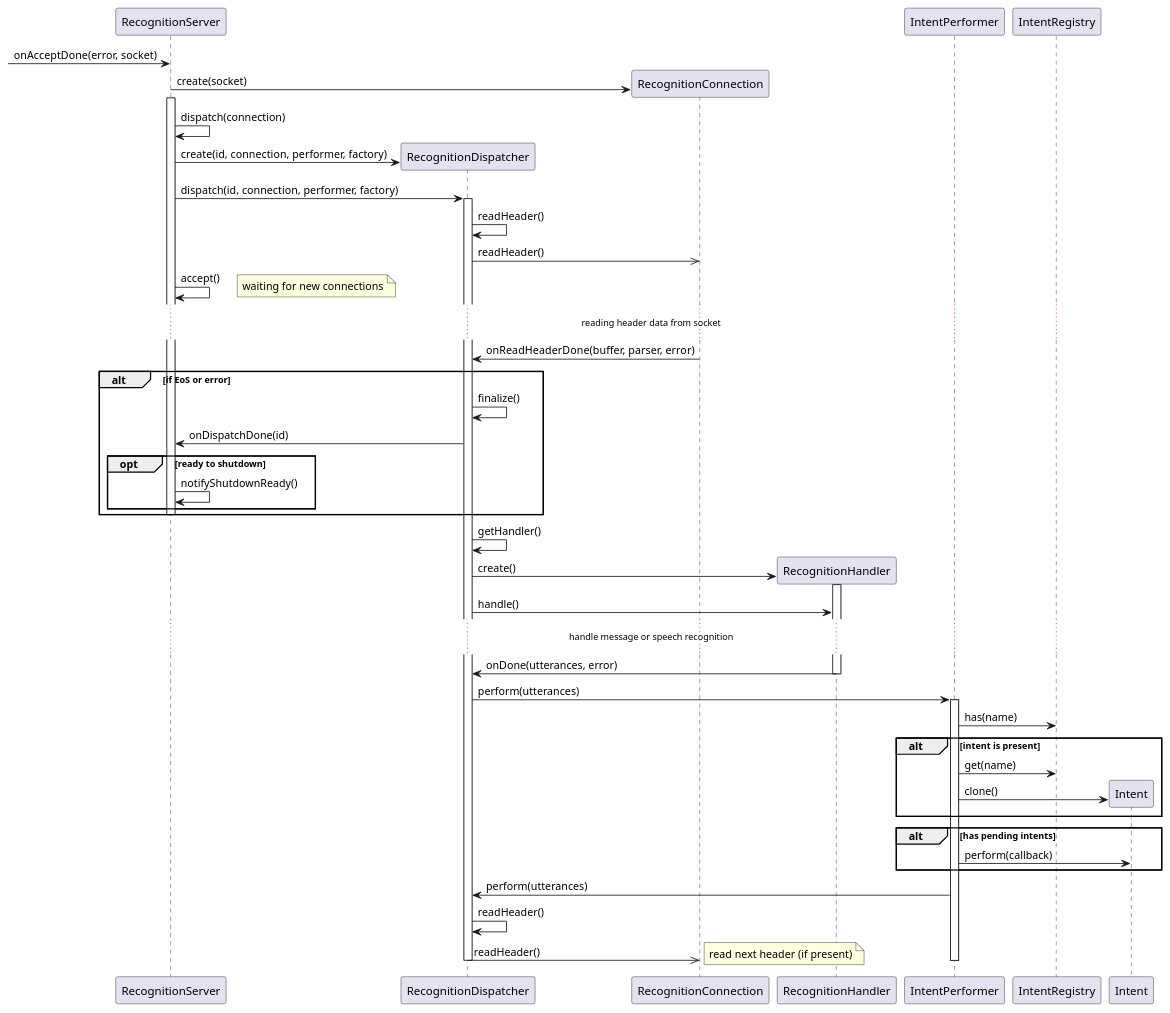
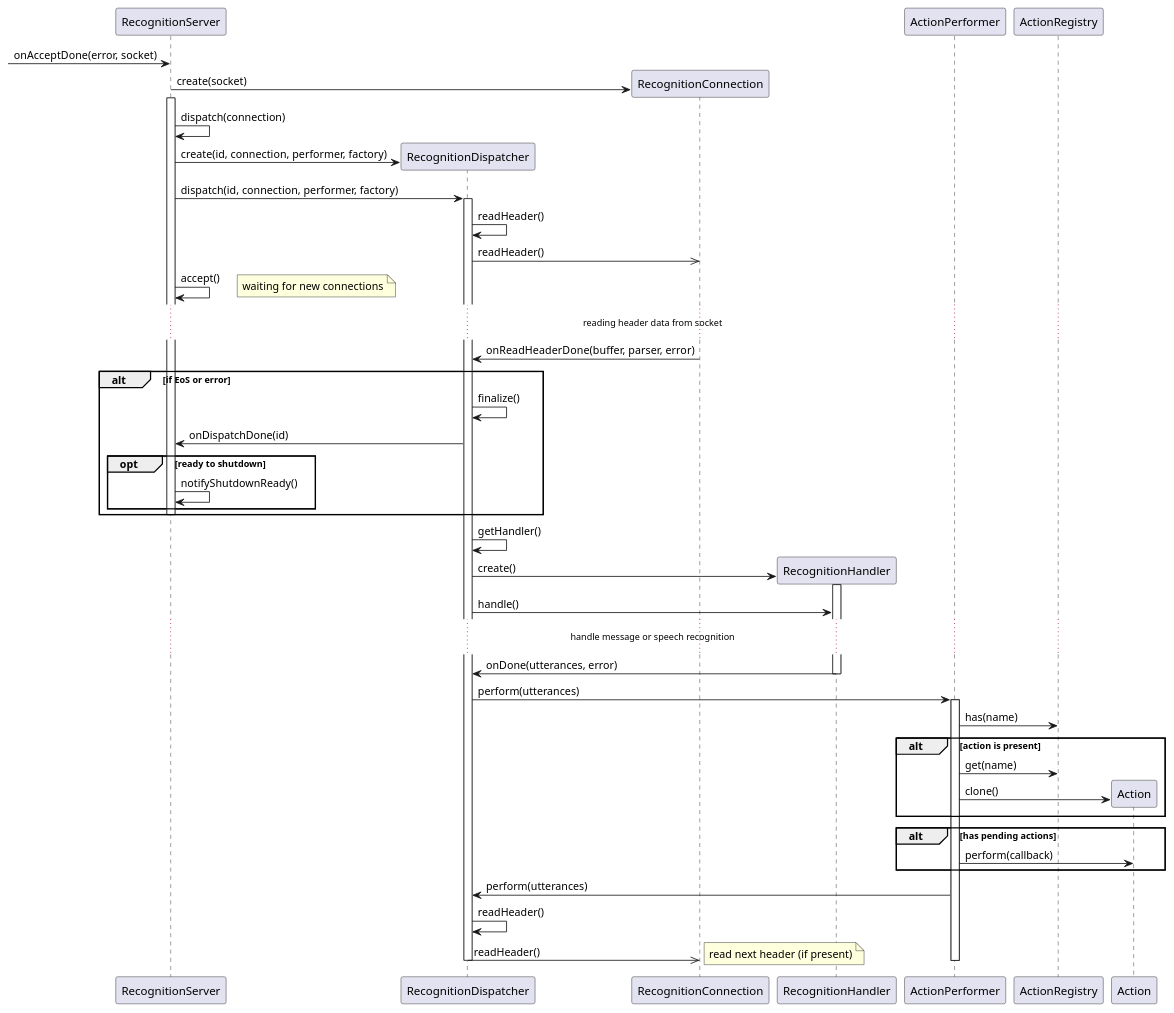
The fifth of 9 diagrams in src/intent/doc/intent.md (denoming/rintento), drawn with PlantUML before and after one commit. The commit also changed other lines of this file and 39 other files, not shown here.

````diff
--- a/src/intent/doc/intent.md
+++ b/src/intent/doc/intent.md
@@ -172,58 +173,58 @@
 ```plantuml
 @startuml
 
 participant RecognitionServer
 participant RecognitionDispatcher
 participant RecognitionConnection
 
 -> RecognitionServer : onAcceptDone(error, socket)
 create RecognitionConnection
 RecognitionServer -> RecognitionConnection : create(socket) 
 activate RecognitionServer
 RecognitionServer -> RecognitionServer : dispatch(connection)
 create RecognitionDispatcher
 RecognitionServer -> RecognitionDispatcher : create(id, connection, performer, factory)
 RecognitionServer -> RecognitionDispatcher : dispatch(id, connection, performer, factory)
 activate RecognitionDispatcher
 RecognitionDispatcher -> RecognitionDispatcher : readHeader()
 RecognitionDispatcher ->> RecognitionConnection : readHeader()
 RecognitionServer -> RecognitionServer : accept()
 note right: waiting for new connections
 ...reading header data from socket...
 RecognitionConnection -> RecognitionDispatcher : onReadHeaderDone(buffer, parser, error)
 alt if EoS or error
     RecognitionDispatcher -> RecognitionDispatcher : finalize()
     RecognitionDispatcher -> RecognitionServer : onDispatchDone(id)
     opt ready to shutdown
         RecognitionServer -> RecognitionServer : notifyShutdownReady()
     end
     deactivate RecognitionServer
 end
 RecognitionDispatcher -> RecognitionDispatcher : getHandler()
 create RecognitionHandler
 RecognitionDispatcher -> RecognitionHandler : create()
 activate RecognitionHandler
 RecognitionDispatcher -> RecognitionHandler : handle()
 ...handle message or speech recognition...
 RecognitionHandler -> RecognitionDispatcher : onDone(utterances, error)
 deactivate RecognitionHandler
-RecognitionDispatcher -> IntentPerformer : perform(utterances)
-activate IntentPerformer
-IntentPerformer -> IntentRegistry : has(name)
-alt intent is present
-    IntentPerformer -> IntentRegistry : get(name)
-    create Intent
-    IntentPerformer -> Intent : clone()
+RecognitionDispatcher -> ActionPerformer : perform(utterances)
+activate ActionPerformer
+ActionPerformer -> ActionRegistry : has(name)
+alt action is present
+    ActionPerformer -> ActionRegistry : get(name)
+    create Action
+    ActionPerformer -> Action : clone()
 end
-alt has pending intents
-    IntentPerformer -> Intent : perform(callback)
+alt has pending actions
+    ActionPerformer -> Action : perform(callback)
 end
-RecognitionDispatcher <- IntentPerformer : perform(utterances)
+RecognitionDispatcher <- ActionPerformer : perform(utterances)
 RecognitionDispatcher -> RecognitionDispatcher : readHeader()
 RecognitionDispatcher ->> RecognitionConnection : readHeader()
 note right: read next header (if present)
-deactivate IntentPerformer
+deactivate ActionPerformer
 deactivate RecognitionDispatcher
 
 @enduml
 ```
````
